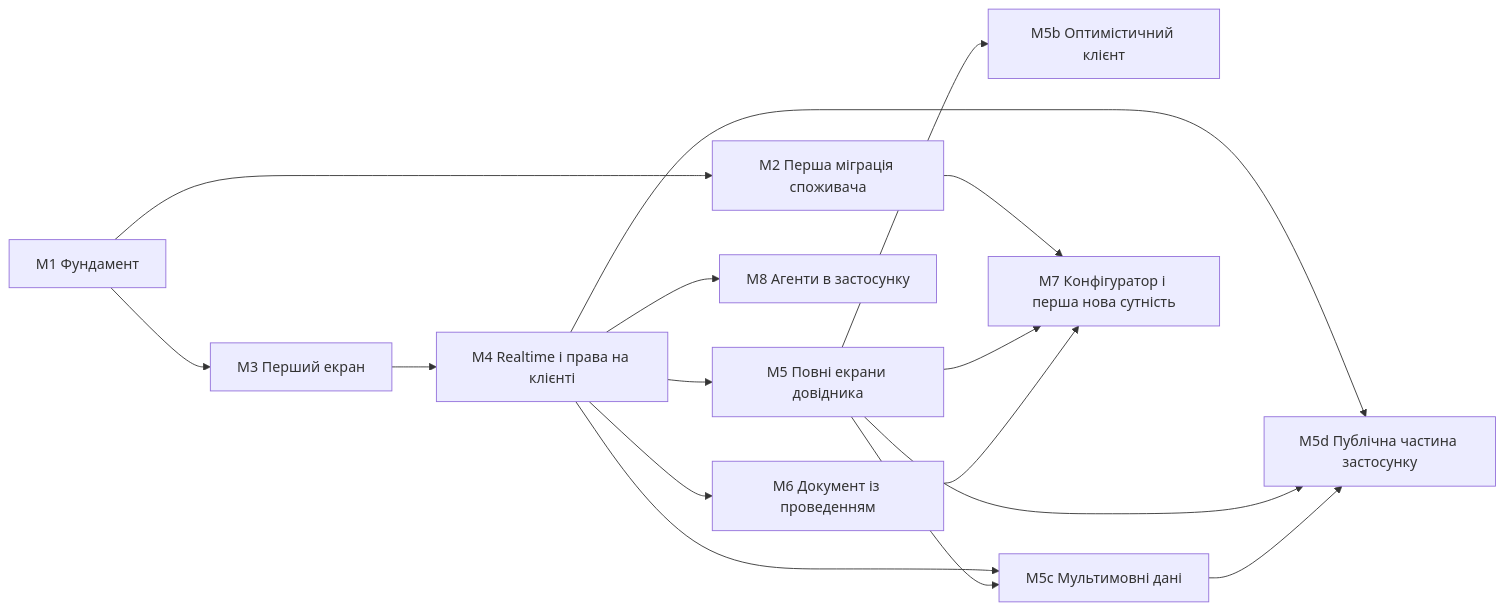
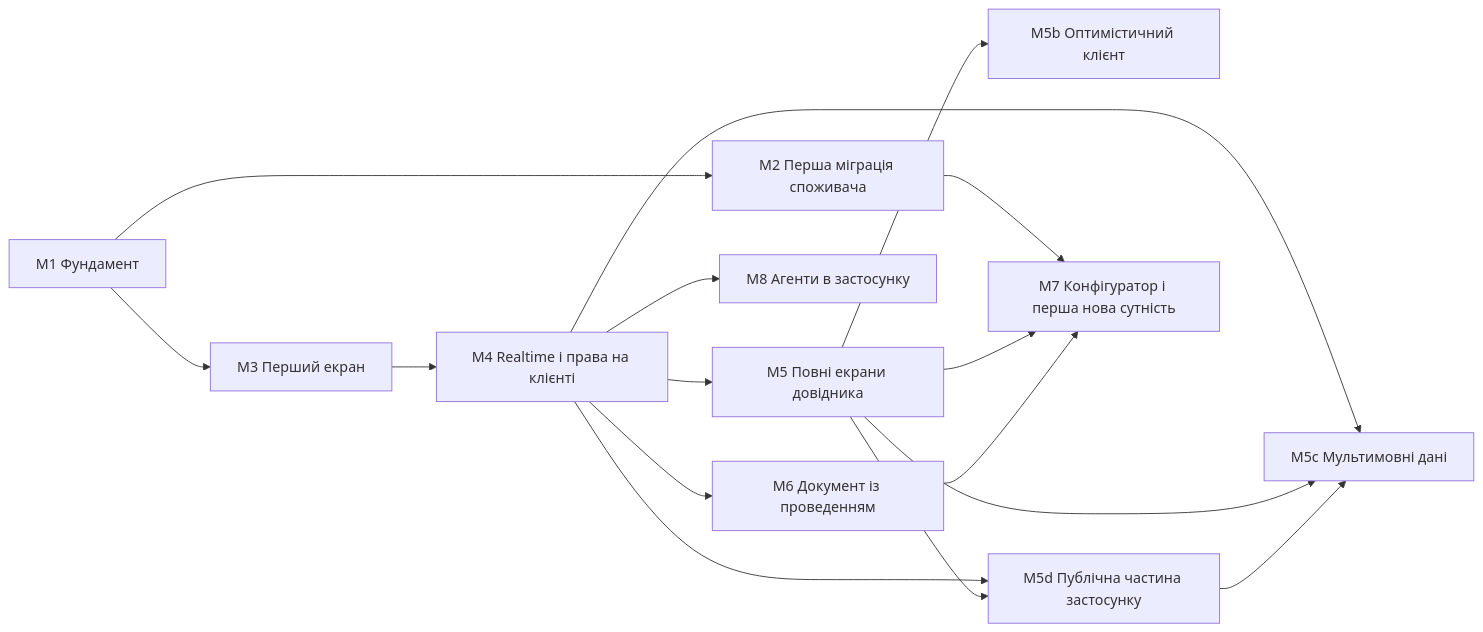
Before and after one commit to VSydorenko/Simetra: the diagram in docs/ROADMAP.md, drawn with Mermaid. The commit also changed other lines of this file and 9 other files, not shown here.

````diff
--- a/docs/ROADMAP.md
+++ b/docs/ROADMAP.md
@@ -12,18 +12,18 @@
 ```mermaid
 flowchart LR
   M1[М1 Фундамент] --> M2[М2 Перша міграція споживача]
   M1 --> M3[М3 Перший екран]
   M3 --> M4[М4 Realtime і права на клієнті]
   M4 --> M5[М5 Повні екрани довідника]
   M5 --> M5b[М5b Оптимістичний клієнт]
   M4 --> M5c[М5c Мультимовні дані]
   M5 --> M5c
   M4 --> M5d[М5d Публічна частина застосунку]
   M5 --> M5d
-  M5c --> M5d
+  M5d --> M5c
   M4 --> M8[М8 Агенти в застосунку]
   M4 --> M6[М6 Документ із проведенням]
   M2 --> M7[М7 Конфігуратор і перша нова сутність]
   M5 --> M7
   M6 --> M7
 ```
````
